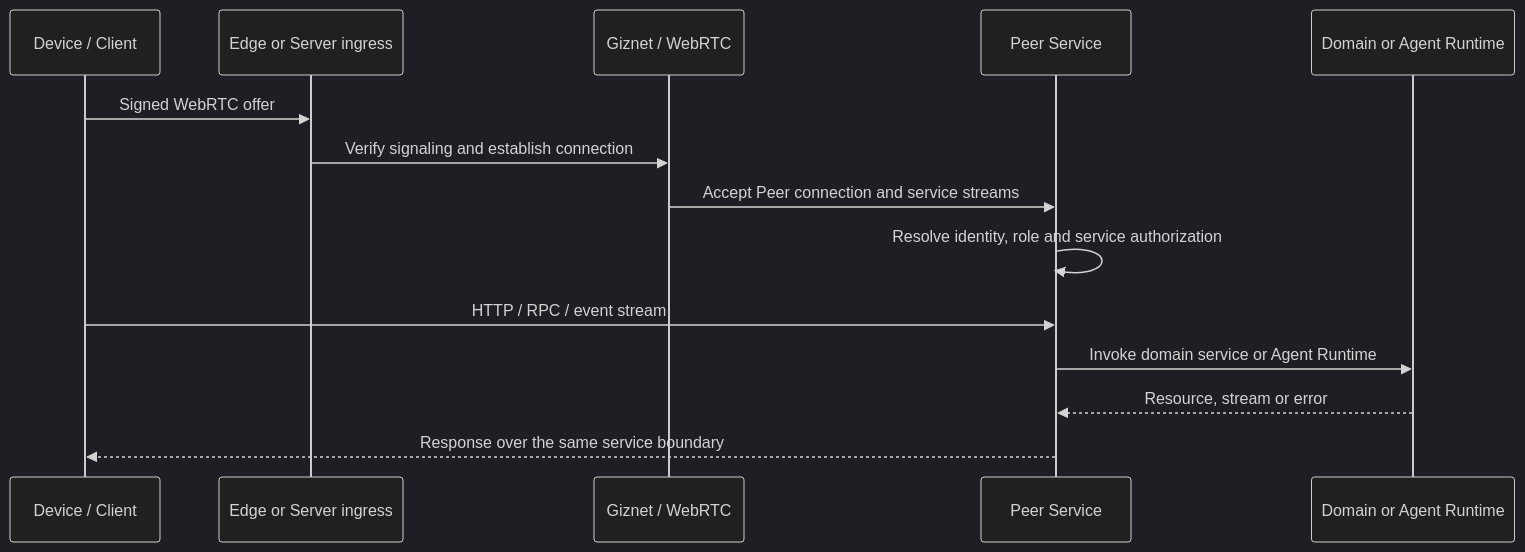
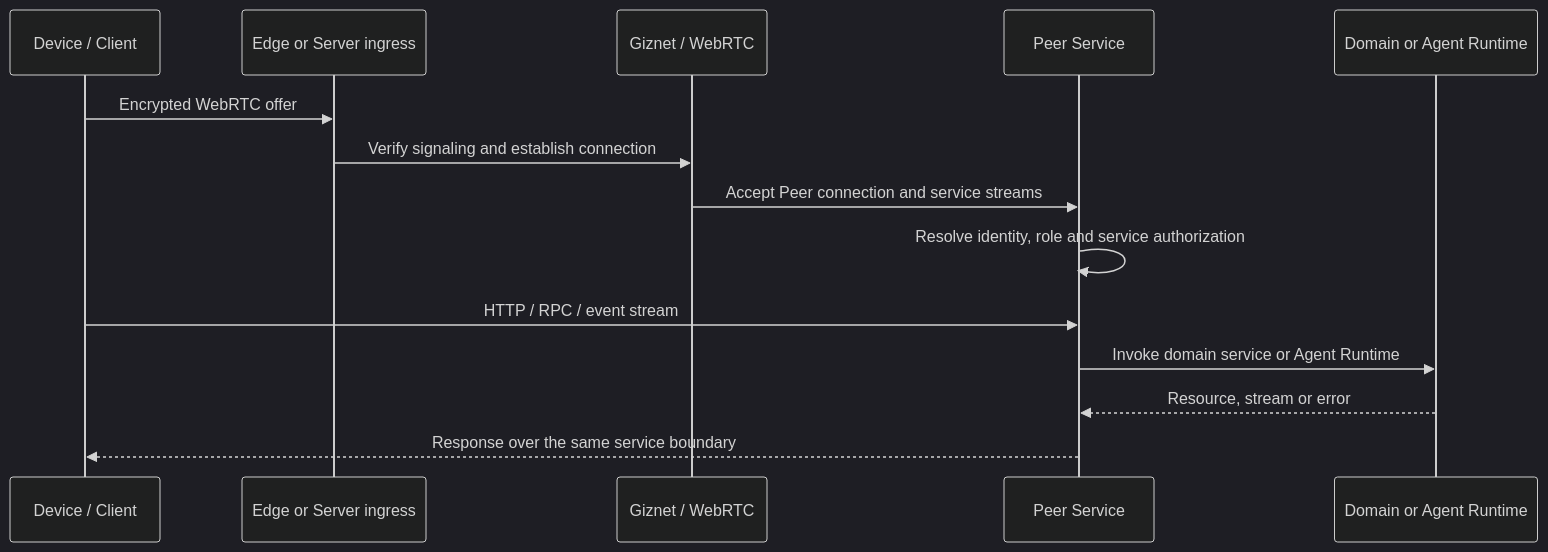
Before and after one commit to GizClaw/gizclaw: the third of 3 diagrams in guides/en/developing/index.md, drawn with Mermaid (dark theme). The commit also changed 152 other files, not shown here.

````diff
--- a/guides/en/developing/index.md
+++ b/guides/en/developing/index.md
@@ -140,17 +140,17 @@
 ```mermaid
 sequenceDiagram
     participant P as Device / Client
     participant E as Edge or Server ingress
     participant G as Giznet / WebRTC
     participant S as Peer Service
     participant D as Domain or Agent Runtime
 
-    P->>E: Signed WebRTC offer
+    P->>E: Encrypted WebRTC offer
     E->>G: Verify signaling and establish connection
     G->>S: Accept Peer connection and service streams
     S->>S: Resolve identity, role and service authorization
     P->>S: HTTP / RPC / event stream
     S->>D: Invoke domain service or Agent Runtime
     D-->>S: Resource, stream or error
     S-->>P: Response over the same service boundary
 ```
````
